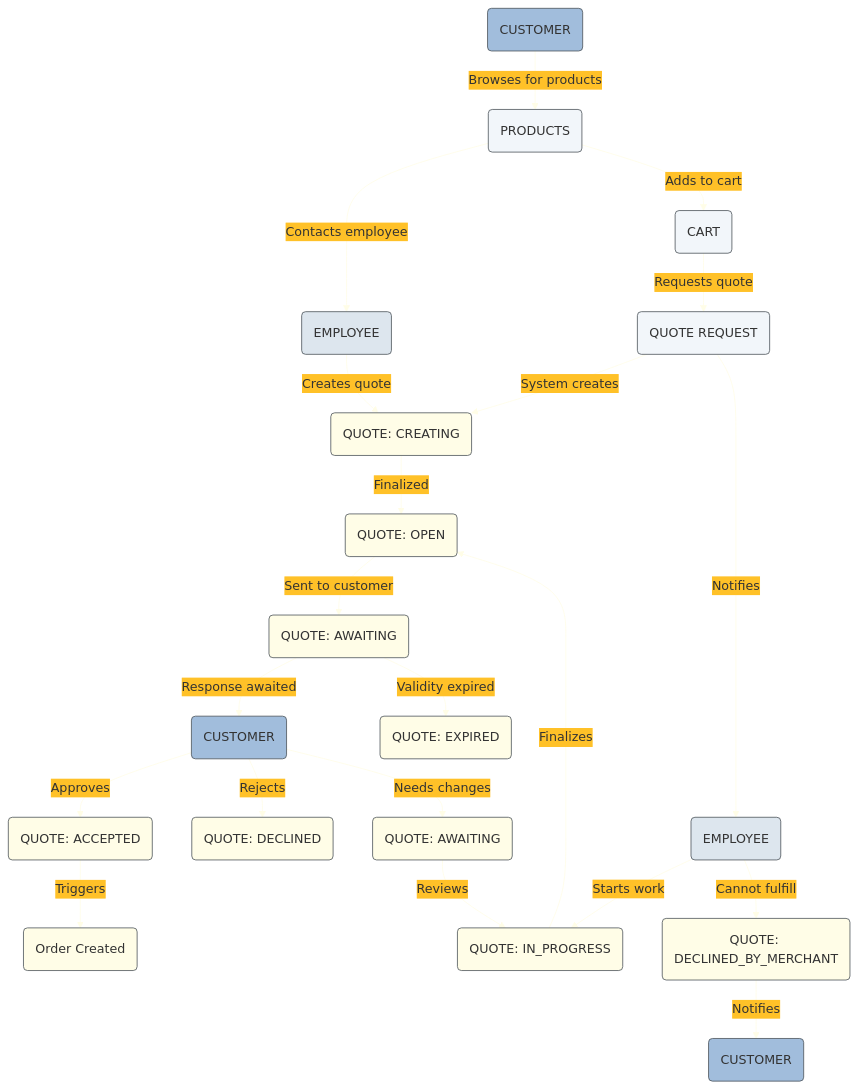
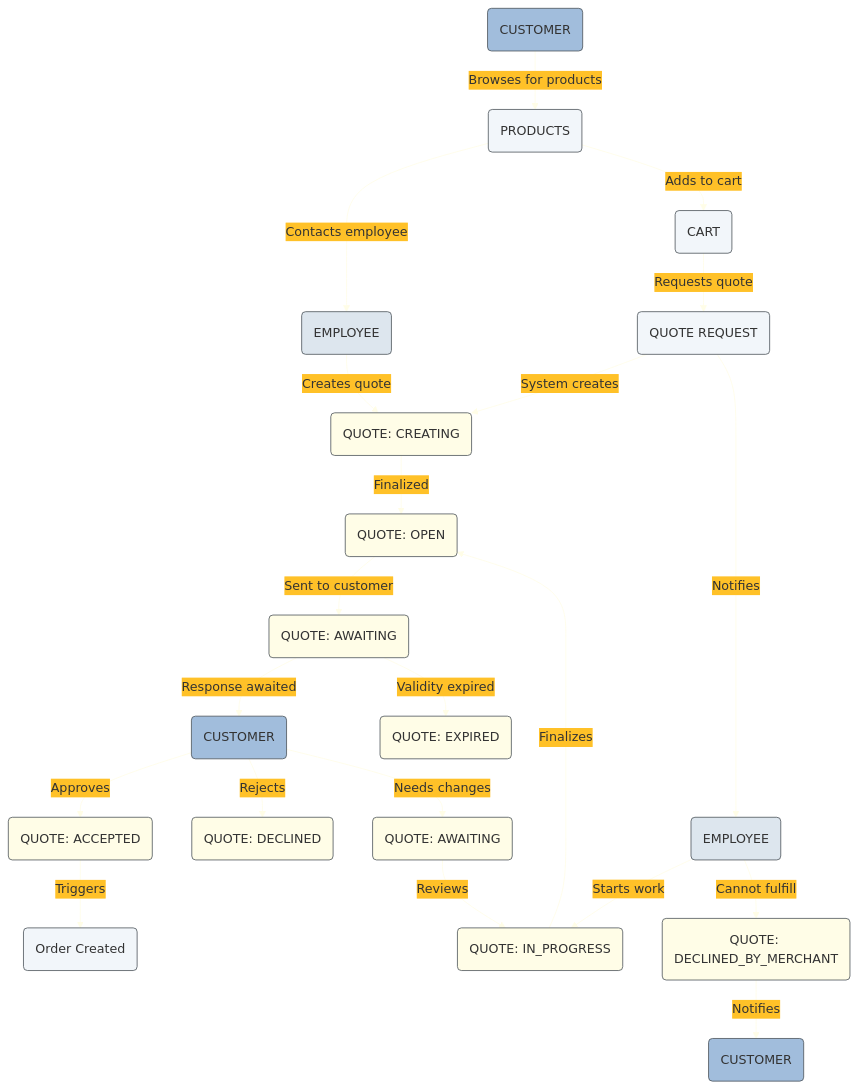
The diagram in quotes/quote/quote.md (emporix/api-references), drawn with Mermaid before and after one commit.

````diff
--- a/quotes/quote/quote.md
+++ b/quotes/quote/quote.md
@@ -47,70 +47,70 @@
 ```mermaid
 ---
 config:
   layout: fixed
   theme: base
   look: classic
   themeVariables:
     background: transparent
     lineColor: "#FFFDE7"
     arrowheadColor: "#FFFDE7"
     edgeLabelBackground: "#FFC128" 
     edgeLabelTextColor: "#4C5359"
     actorBorder: '#4C5359'
 ---
 graph TD
     CUSTOMER1(CUSTOMER)
     PRODUCTS(PRODUCTS)
     
     CUSTOMER1 -->|Browses for products| PRODUCTS
     
     PRODUCTS -->|Contacts employee| EMPLOYEE1(EMPLOYEE)
     PRODUCTS -->|Adds to cart| CART(CART)
     
     EMPLOYEE1 -->|Creates quote| CREATING(QUOTE: CREATING)
     CART -->|Requests quote| QUOTE_REQUEST(QUOTE REQUEST)
     
     QUOTE_REQUEST -->|System creates| CREATING
     QUOTE_REQUEST -->|Notifies| EMPLOYEE2(EMPLOYEE)
     
     CREATING -->|Finalized| OPEN(QUOTE: OPEN)
     EMPLOYEE2 -->|Starts work| IN_PROGRESS(QUOTE: IN_PROGRESS)
     
     IN_PROGRESS -->|Finalizes| OPEN
     EMPLOYEE2 -->|Cannot fulfill| DECLINED_MERCHANT(QUOTE: DECLINED_BY_MERCHANT)
     
     DECLINED_MERCHANT -->|Notifies| CUSTOMER3(CUSTOMER)
     
     OPEN -->|Sent to customer| AWAITING_CUSTOMER(QUOTE: AWAITING)
     
     AWAITING_CUSTOMER -->|Response awaited| CUSTOMER2(CUSTOMER)
     AWAITING_CUSTOMER -->|Validity expired| EXPIRED(QUOTE: EXPIRED)
     
     CUSTOMER2 -->|Approves| ACCEPTED(QUOTE: ACCEPTED)
     CUSTOMER2 -->|Rejects| DECLINED(QUOTE: DECLINED)
     CUSTOMER2 -->|Needs changes| AWAITING_EMPLOYEE(QUOTE: AWAITING)
     
     AWAITING_EMPLOYEE -->|Reviews| IN_PROGRESS
     
     ACCEPTED -->|Triggers| ORDER(Order Created)
     
     style CREATING fill:#FFFDE7, stroke:#4C5359
     style OPEN fill:#FFFDE7, stroke:#4C5359
     style AWAITING_CUSTOMER fill:#FFFDE7, stroke:#4C5359
     style AWAITING_EMPLOYEE fill:#FFFDE7, stroke:#4C5359
     style IN_PROGRESS fill:#FFFDE7, stroke:#4C5359
     style ACCEPTED fill:#FFFDE7, stroke:#4C5359
     style DECLINED fill:#FFFDE7, stroke:#4C5359
     style DECLINED_MERCHANT fill:#FFFDE7, stroke:#4C5359
     style EXPIRED fill:#FFFDE7, stroke:#4C5359
 
     style CUSTOMER1 fill:#A1BDDC, stroke:#4C5359
     style CUSTOMER2 fill:#A1BDDC, stroke:#4C5359
     style CUSTOMER3 fill:#A1BDDC, stroke:#4C5359
     style EMPLOYEE1 fill:#DDE6EE, stroke:#4C5359
     style EMPLOYEE2 fill:#DDE6EE, stroke:#4C5359
     style CART fill:#F2F6FA, stroke:#4C5359
     style PRODUCTS fill:#F2F6FA, stroke:#4C5359
     style QUOTE_REQUEST fill:#F2F6FA, stroke:#4C5359
-    style ORDER fill:#FFFDE7, stroke:#4C5359
+    style ORDER fill:#F2F6FA, stroke:#4C5359
 ```
````
